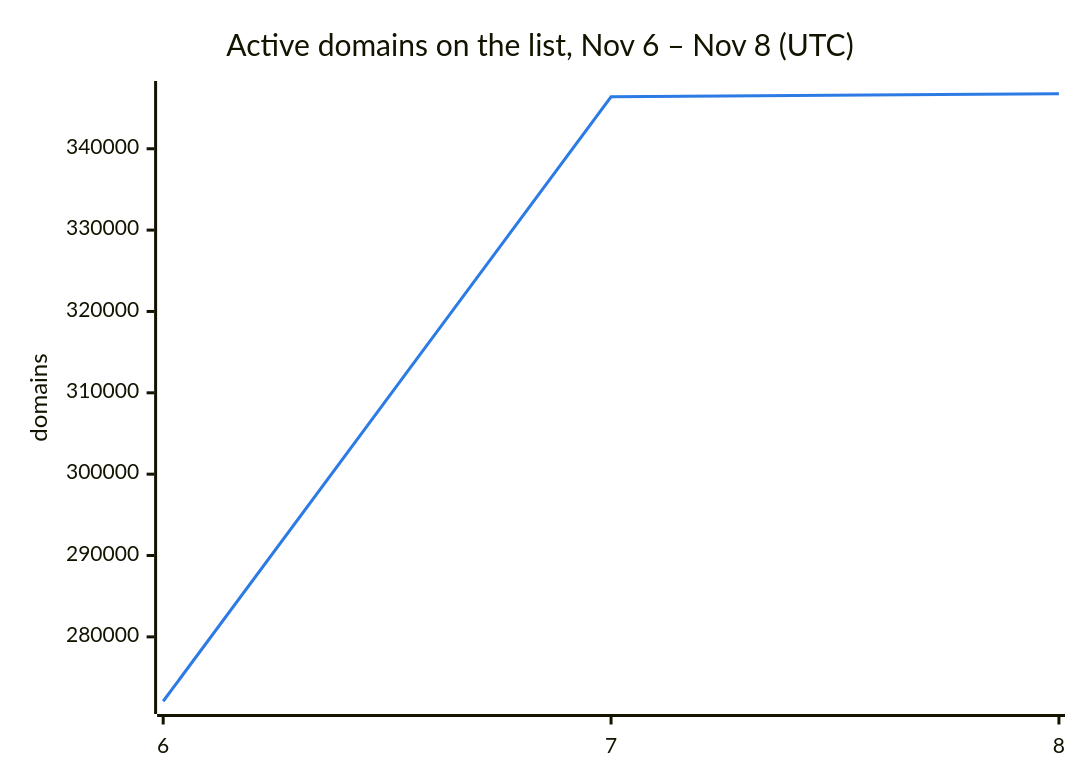
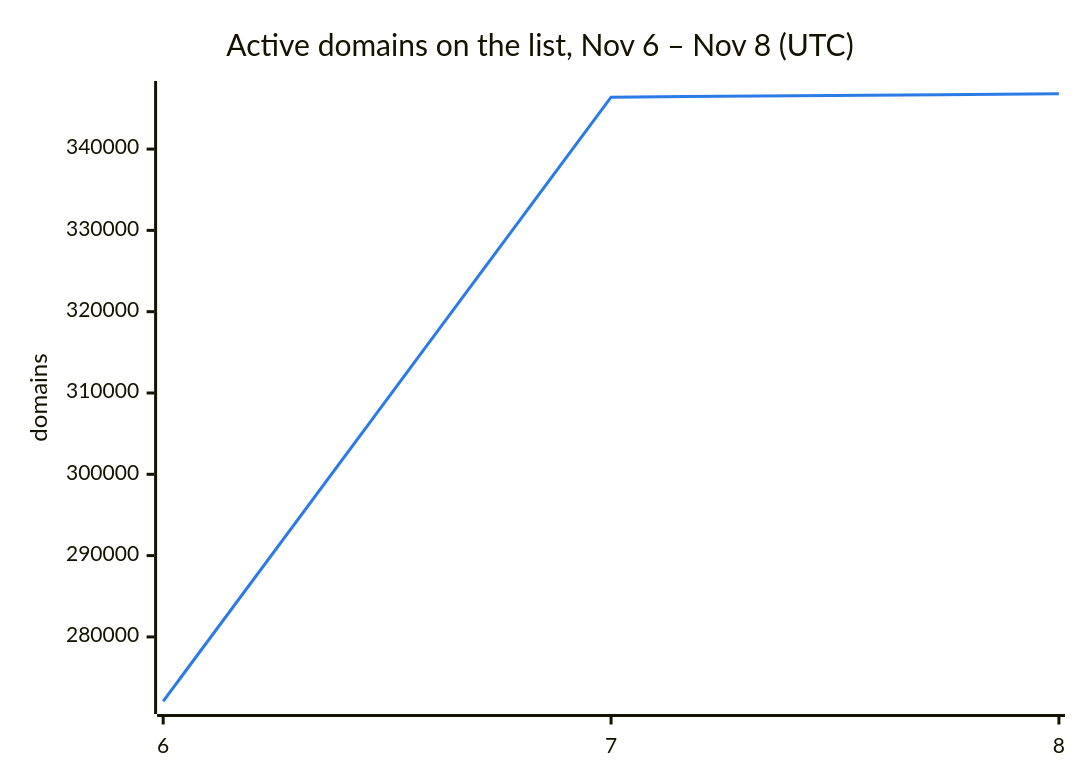
The second of 3 diagrams in README.md (DNSBunker/CTI), drawn with Mermaid before and after one commit. The commit also changed other lines of this file and 3 other files, not shown here.

````diff
--- a/README.md
+++ b/README.md
@@ -38,8 +38,8 @@
 ```mermaid
 %%{init: {"themeVariables": {"xyChart": {"plotColorPalette": "#2c7be5"}}}}%%
 xychart-beta
     title "Active domains on the list, Nov 6 – Nov 8 (UTC)"
     x-axis ["6", "7", "8"]
     y-axis "domains"
-    line [272088, 346388, 346760]
+    line [272088, 346388, 346804]
 ```
````
